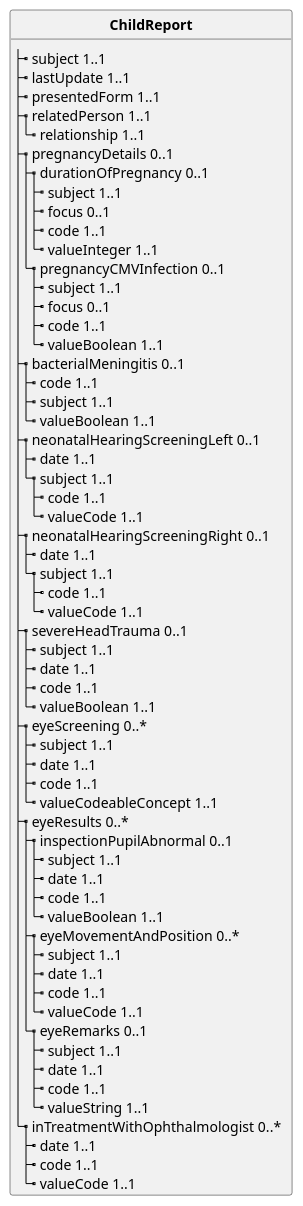
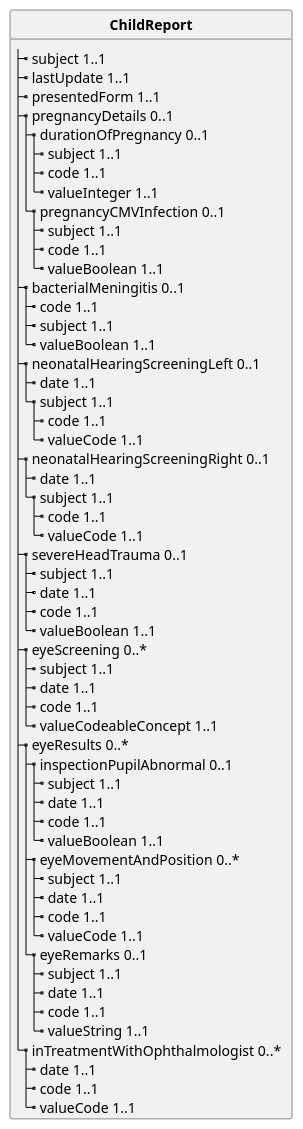
The diagram in input/images-source/childrecordmodel.plantuml (hl7-be/childrecord), drawn with PlantUML before and after one commit. The commit also changed 1 other file, not shown here.

Commit message:
remove focus and rename BeObservation-BeClinicalObservation
fixes #15
fixes #12
fixes #14

```diff
--- a/input/images-source/childrecordmodel.plantuml
+++ b/input/images-source/childrecordmodel.plantuml
@@ -1,68 +1,68 @@
 @startuml
 skinparam linetype polyline
 hide circle
 hide stereotype
 
 class "**ChildReport**" as ChildReport {
   |_ subject 1..1   
   |_ lastUpdate 1..1   
   |_ presentedForm 1..1   
-  |_ relatedPerson 1..1   
-    |_ relationship 1..1   
+'  |_ relatedPerson 1..1   
+'    |_ relationship 1..1   
   |_ pregnancyDetails 0..1   
     |_ durationOfPregnancy 0..1   
       |_ subject 1..1   
-      |_ focus 0..1   
+'      |_ focus 0..1   
       |_ code 1..1   
       |_ valueInteger 1..1   
     |_ pregnancyCMVInfection 0..1   
       |_ subject 1..1   
-      |_ focus 0..1   
+'      |_ focus 0..1   
       |_ code 1..1   
       |_ valueBoolean 1..1   
   |_ bacterialMeningitis 0..1   
     |_ code 1..1   
     |_ subject 1..1   
     |_ valueBoolean 1..1   
   |_ neonatalHearingScreeningLeft 0..1   
     |_ date 1..1   
     |_ subject 1..1   
       |_ code 1..1   
       |_ valueCode 1..1   
   |_ neonatalHearingScreeningRight 0..1   
     |_ date 1..1   
     |_ subject 1..1   
       |_ code 1..1   
       |_ valueCode 1..1   
   |_ severeHeadTrauma 0..1   
     |_ subject 1..1   
     |_ date 1..1   
     |_ code 1..1   
     |_ valueBoolean 1..1   
   |_ eyeScreening 0..*   
     |_ subject 1..1   
     |_ date 1..1   
     |_ code 1..1   
     |_ valueCodeableConcept 1..1   
   |_ eyeResults 0..*   
     |_ inspectionPupilAbnormal 0..1   
       |_ subject 1..1   
       |_ date 1..1   
       |_ code 1..1   
       |_ valueBoolean 1..1   
     |_ eyeMovementAndPosition 0..*   
       |_ subject 1..1   
       |_ date 1..1   
       |_ code 1..1   
       |_ valueCode 1..1   
     |_ eyeRemarks 0..1   
       |_ subject 1..1   
       |_ date 1..1   
       |_ code 1..1   
       |_ valueString 1..1   
   |_ inTreatmentWithOphthalmologist 0..*   
     |_ date 1..1   
     |_ code 1..1   
     |_ valueCode 1..1   
 }
 @enduml
```
